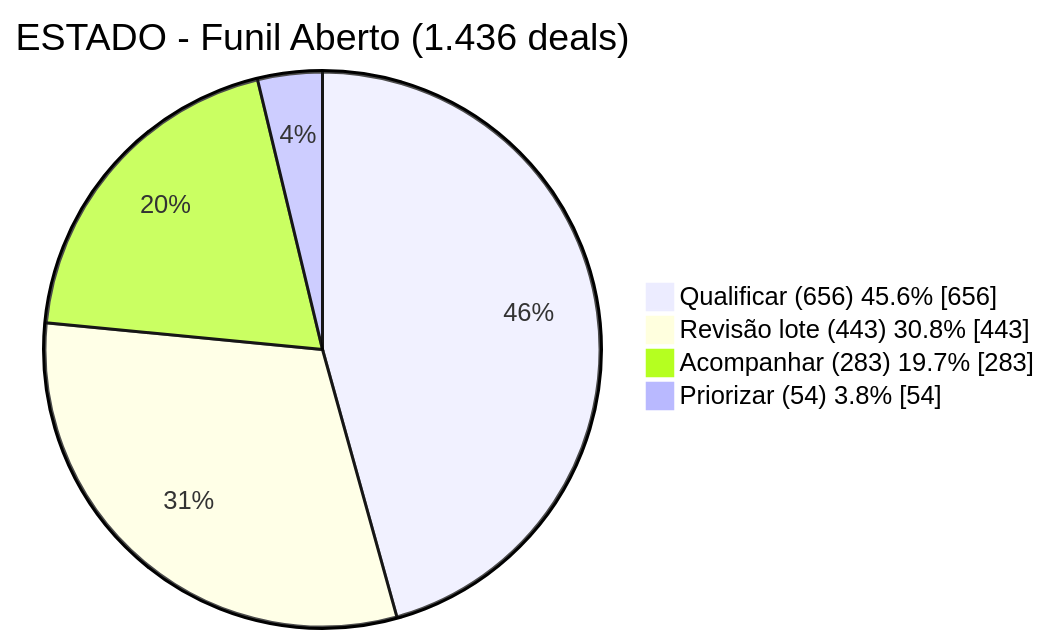
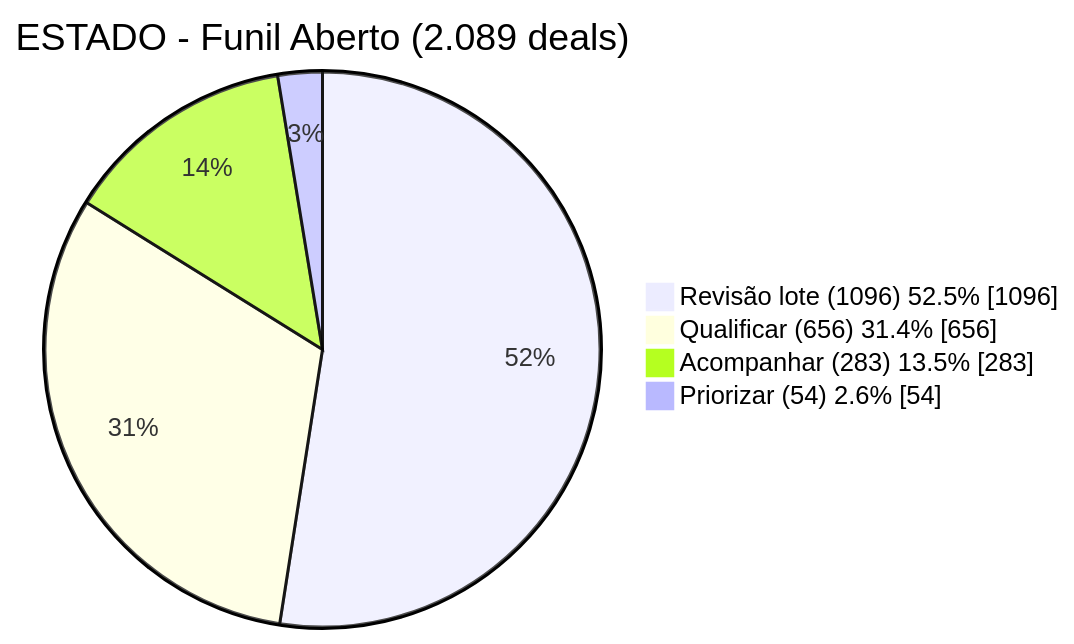
Before and after one commit to Gestao-Quatro-Ponto-Zero/ai-master-challenge: the second of 2 diagrams in submissions/gabriel-moreira/README.md, drawn with Mermaid. The commit also changed other lines of this file and 71 other files, not shown here.

````diff
--- a/submissions/gabriel-moreira/README.md
+++ b/submissions/gabriel-moreira/README.md
@@ -59,7 +59,7 @@
 ```mermaid
-pie showData title ESTADO - Funil Aberto (1.436 deals)
-    "Qualificar (656) 45.6%" : 656
-    "Revisão lote (443) 30.8%" : 443
-    "Acompanhar (283) 19.7%" : 283
-    "Priorizar (54) 3.8%" : 54
+pie showData title ESTADO - Funil Aberto (2.089 deals)
+    "Revisão lote (1096) 52.5%" : 1096
+    "Qualificar (656) 31.4%" : 656
+    "Acompanhar (283) 13.5%" : 283
+    "Priorizar (54) 2.6%" : 54
 ```
````
